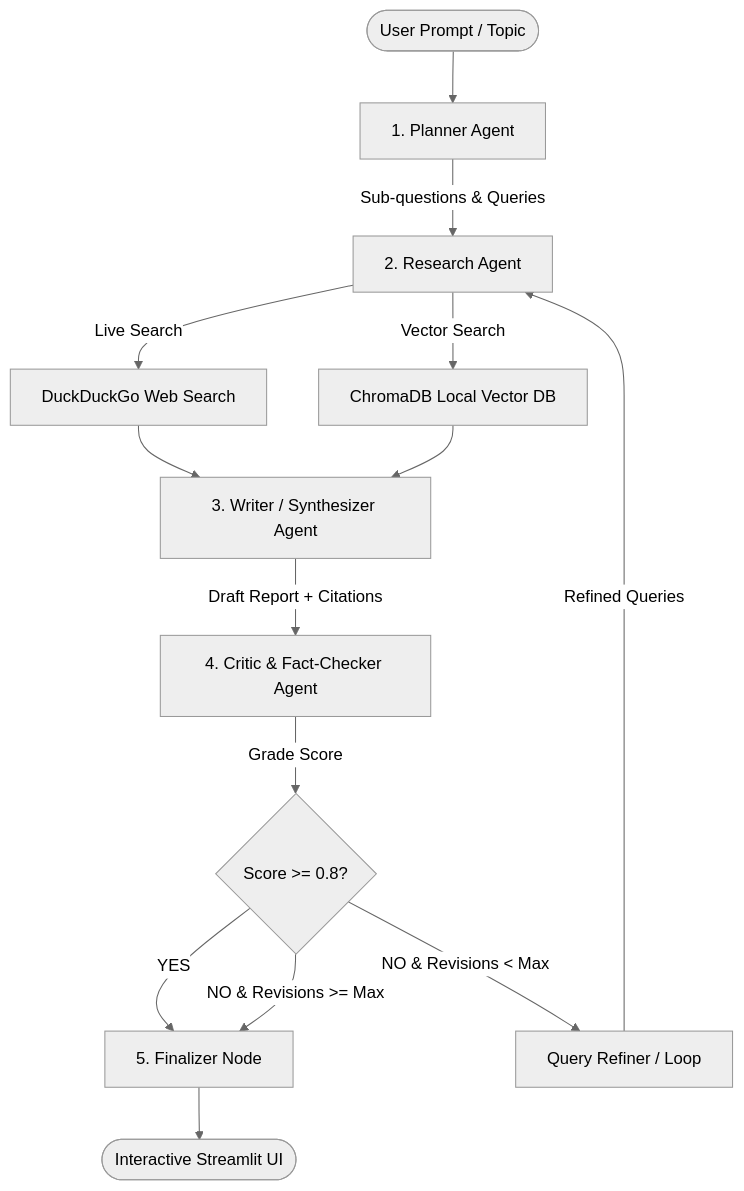
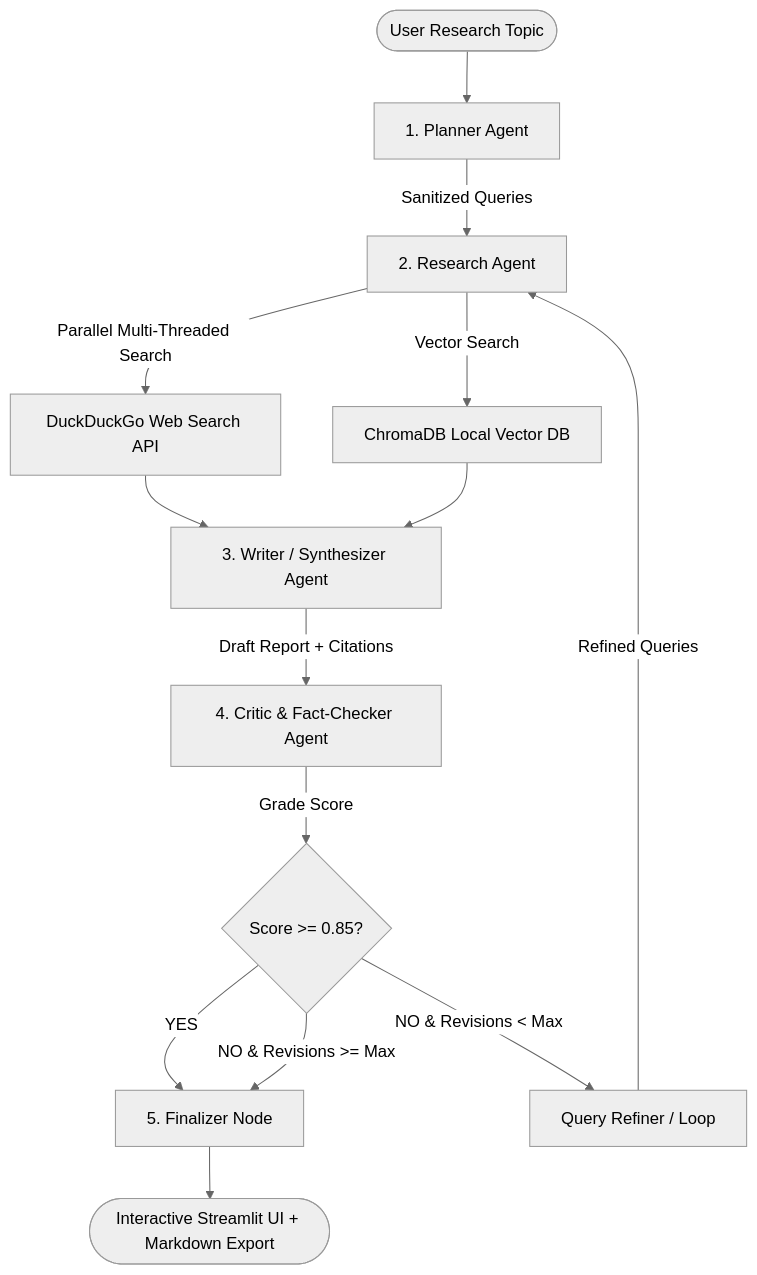
The diagram in Agentic_Research_Assistant/README.md (Dilshan118/Hands-On-RAG), drawn with Mermaid (neutral theme) before and after one commit. The commit also changed other lines of this file and 8 other files, not shown here.

````diff
--- a/Agentic_Research_Assistant/README.md
+++ b/Agentic_Research_Assistant/README.md
@@ -18,22 +17,22 @@
 ```mermaid
 graph TD
-    User([User Prompt / Topic]) --> Planner[1. Planner Agent]
-    Planner -->|Sub-questions & Queries| Research[2. Research Agent]
-  
-    Research -->|Live Search| WebSearch[DuckDuckGo Web Search]
+    User([User Research Topic]) --> Planner[1. Planner Agent]
+    Planner -->|Sanitized Queries| Research[2. Research Agent]
+    
+    Research -->|Parallel Multi-Threaded Search| DDG[DuckDuckGo Web Search API]
     Research -->|Vector Search| ChromaDB[ChromaDB Local Vector DB]
-  
-    WebSearch --> Writer[3. Writer / Synthesizer Agent]
+    
+    DDG --> Writer[3. Writer / Synthesizer Agent]
     ChromaDB --> Writer
-  
+    
     Writer -->|Draft Report + Citations| Critic[4. Critic & Fact-Checker Agent]
-  
-    Critic -->|Grade Score| Evaluator{Score >= 0.8?}
-  
+    
+    Critic -->|Grade Score| Evaluator{Score >= 0.85?}
+    
     Evaluator -->|YES| Finalizer[5. Finalizer Node]
     Evaluator -->|NO & Revisions < Max| Refiner[Query Refiner / Loop]
     Refiner -->|Refined Queries| Research
     Evaluator -->|NO & Revisions >= Max| Finalizer
-  
-    Finalizer --> Output([Interactive Streamlit UI])
+    
+    Finalizer --> Output([Interactive Streamlit UI + Markdown Export])
 ```
````
